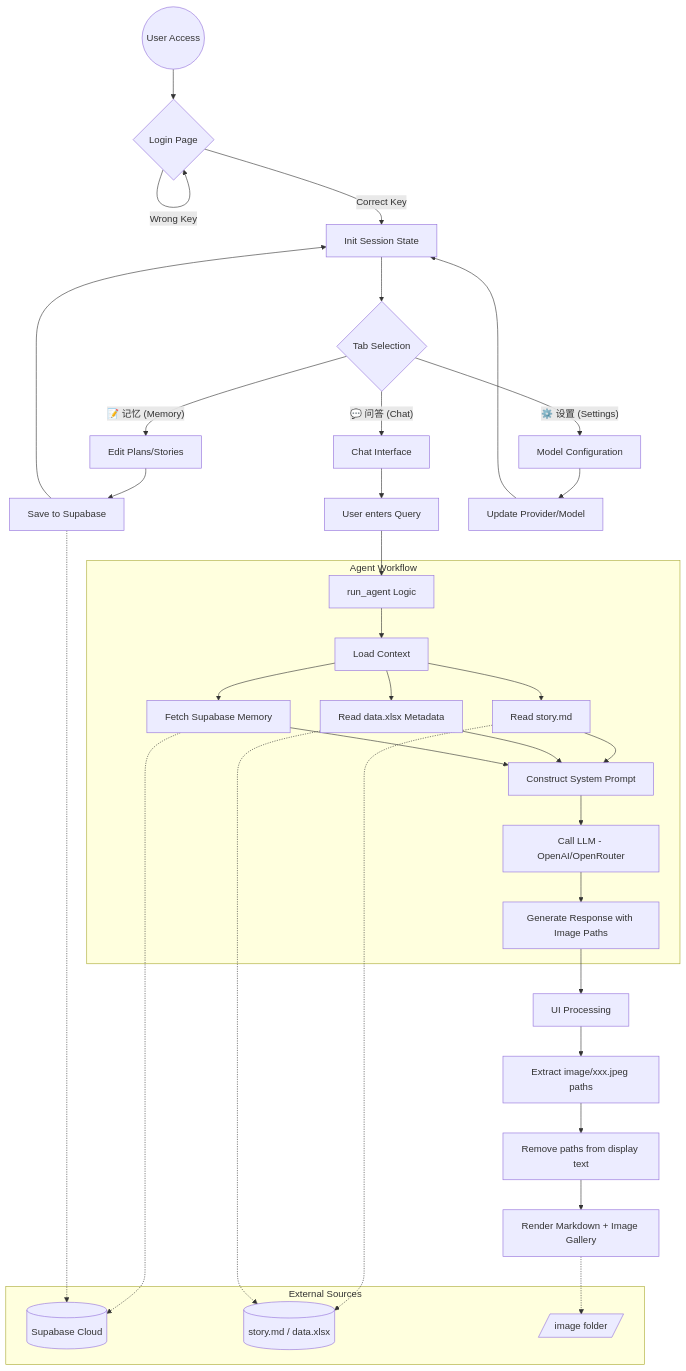
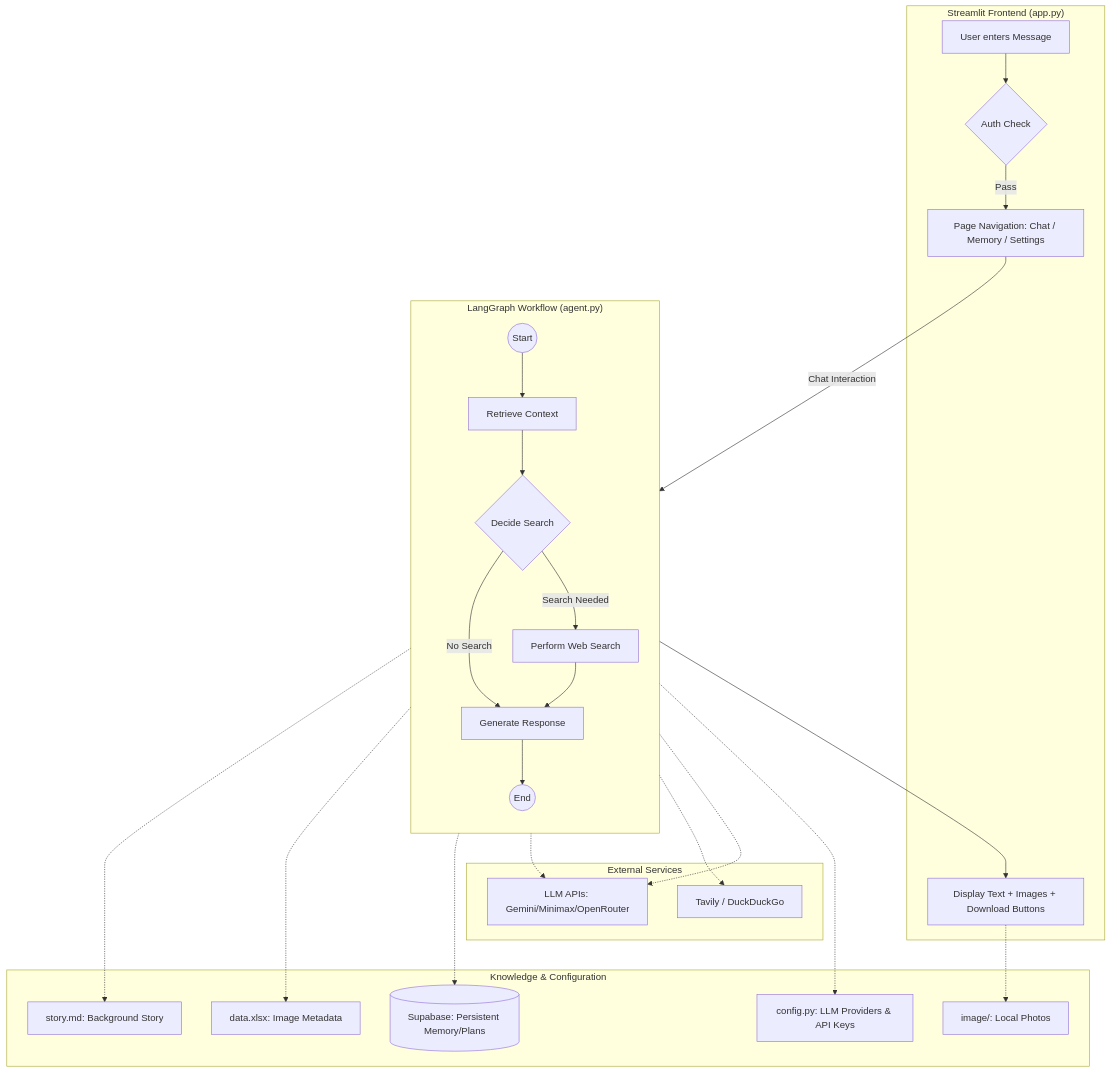
The diagram in posts/love_agent/index.qmd (JCwinning/LandingPage), drawn with Mermaid before and after one commit. The commit also changed other lines of this file and 50 other files, not shown here.

````diff
--- a/posts/love_agent/index.qmd
+++ b/posts/love_agent/index.qmd
@@ -51,53 +51,56 @@
 ```{mermaid}
 graph TD
-    %% Entry Point
-    Start((User Access)) --> Login{Login Page}
-    Login -- Wrong Key --> Login
-    Login -- Correct Key --> Session[Init Session State]
-
-    %% Navigation
-    Session --> Tabs{Tab Selection}
-    
-    %% Chat Flow
-    Tabs -- "💬 问答 (Chat)" --> Chat[Chat Interface]
-    Chat --> UserInput[User enters Query]
-    UserInput --> RunAgent[run_agent Logic]
-    
-    subgraph "Agent Workflow"
-        RunAgent --> LoadData[Load Context]
-        LoadData --> Story[Read story.md]
-        LoadData --> Excel[Read data.xlsx Metadata]
-        LoadData --> MemDB[Fetch Supabase Memory]
-        
-        Story & Excel & MemDB --> Prompt[Construct System Prompt]
-        Prompt --> LLM[Call LLM - OpenAI/OpenRouter]
-        LLM --> Response[Generate Response with Image Paths]
-    end
-    
-    Response --> UIProcess[UI Processing]
-    UIProcess --> Regex[Extract image/xxx.jpeg paths]
-    Regex --> Strip[Remove paths from display text]
-    Strip --> Render[Render Markdown + Image Gallery]
-    
-    %% Memory Flow
-    Tabs -- "📝 记忆 (Memory)" --> MemPage[Edit Plans/Stories]
-    MemPage --> SaveMem[Save to Supabase]
-    SaveMem --> Session
-
-    %% Settings Flow
-    Tabs -- "⚙️ 设置 (Settings)" --> Config[Model Configuration]
-    Config --> ModelSelect[Update Provider/Model]
-    ModelSelect --> Session
-
-    %% Data Sources
-    subgraph "External Sources"
-        Supa[(Supabase Cloud)]
-        Local[(story.md / data.xlsx)]
-        Images[/image folder/]
+    %% Frontend / UI Layer
+    subgraph UI ["Streamlit Frontend (app.py)"]
+        UserInput[User enters Message]
+        Auth{Auth Check}
+        UIPages[Page Navigation: Chat / Memory / Settings]
+        DisplayResponse[Display Text + Images + Download Buttons]
     end
 
-    MemDB -.-> Supa
-    SaveMem -.-> Supa
-    Story & Excel -.-> Local
-    Render -.-> Images
+    %% Agent Logic Layer
+    subgraph Agent ["LangGraph Workflow (agent.py)"]
+        direction TB
+        NodeStart((Start)) --> Retrieve[Retrieve Context]
+        Retrieve --> DecideSearch{Decide Search}
+        
+        DecideSearch -- "Search Needed" --> WebSearch[Perform Web Search]
+        DecideSearch -- "No Search" --> Generate
+        WebSearch --> Generate[Generate Response]
+        Generate --> NodeEnd((End))
+    end
+
+    %% Data / Knowledge Layer
+    subgraph Storage ["Knowledge & Configuration"]
+        StoryMD[story.md: Background Story]
+        DataXLSX[data.xlsx: Image Metadata]
+        ImageDir[image/: Local Photos]
+        Supabase[(Supabase: Persistent Memory/Plans)]
+        Config[config.py: LLM Providers & API Keys]
+    end
+
+    %% External Services
+    subgraph External ["External Services"]
+        LLM[LLM APIs: Gemini/Minimax/OpenRouter]
+        SearchEngines[Tavily / DuckDuckGo]
+    end
+
+    %% Direct Connections
+    UserInput --> Auth
+    Auth -- "Pass" --> UIPages
+    UIPages -- "Chat Interaction" --> Agent
+    
+    %% Agent Interactions
+    Retrieve -.-> StoryMD
+    Retrieve -.-> DataXLSX
+    Retrieve -.-> Supabase
+    DecideSearch -.-> LLM
+    WebSearch -.-> SearchEngines
+    Generate -.-> LLM
+    Generate -.-> Config
+    
+    %% Output
+    NodeEnd --> DisplayResponse
+    DisplayResponse -.-> ImageDir
+
 ```
````
